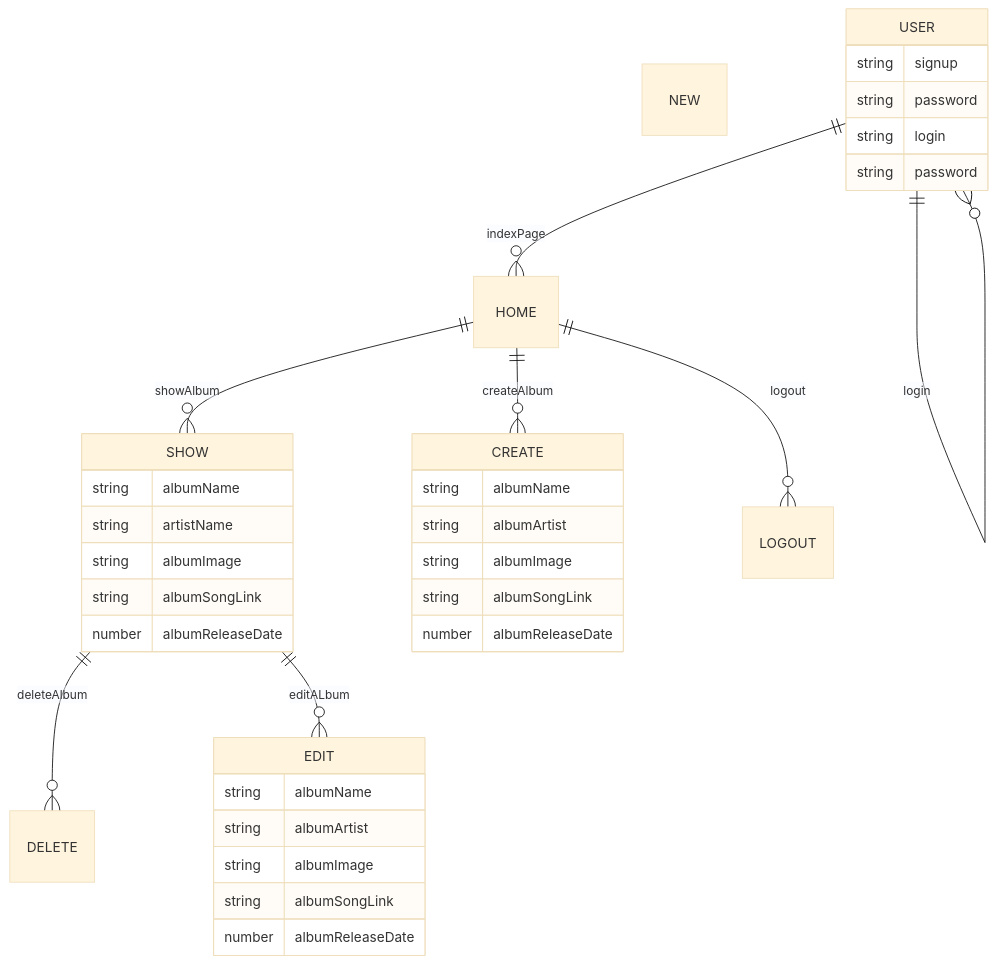
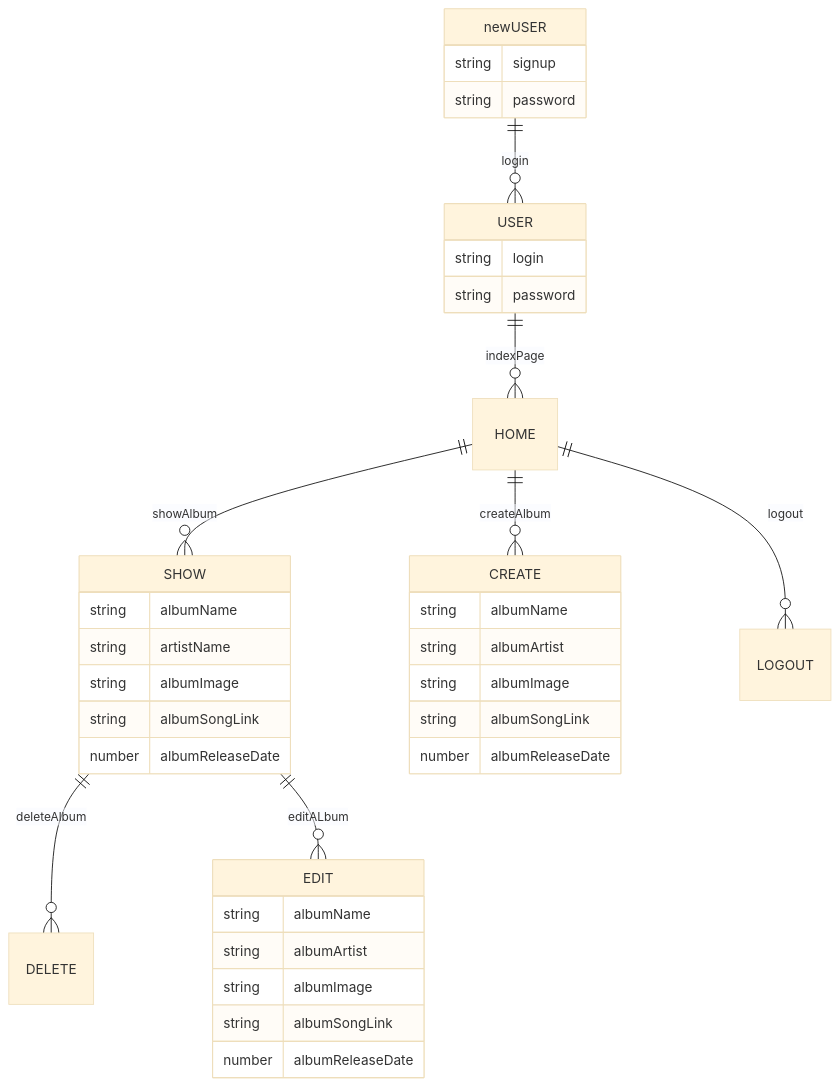
Before and after one commit to Jonathan1295-09/Project_3Backend: the diagram in ReadMe.md, drawn with Mermaid (base theme).

Commit message:
final correction in erd diagram

````diff
--- a/ReadMe.md
+++ b/ReadMe.md
@@ -28,50 +28,50 @@
 ```mermaid
 erDiagram
-    NEW USER {
+    newUSER {
         string signup
         string password
     }
-    NEW USER ||--O{ USER : login
+    newUSER ||--O{ USER : login
 
     USER {
         string login
         string password
     }
 
     USER ||--O{ HOME : indexPage
 
     HOME || --O{ SHOW : showAlbum
     SHOW{
         string albumName
         string artistName
         string albumImage
         string albumSongLink
         number albumReleaseDate
     }
 
     HOME || --o{ CREATE : createAlbum
     CREATE {
         string albumName
         string albumArtist
         string albumImage
         string albumSongLink
         number albumReleaseDate
     }
     SHOW || --o{ DELETE : deleteAlbum
     DELETE {
 
     }
     SHOW || --o{ EDIT : editALbum
     EDIT {
         string albumName
         string albumArtist
         string albumImage
         string albumSongLink
         number albumReleaseDate
     }
 
 HOME || --o{ LOGOUT : logout
 LOGOUT {
 
     }
 ```
````
